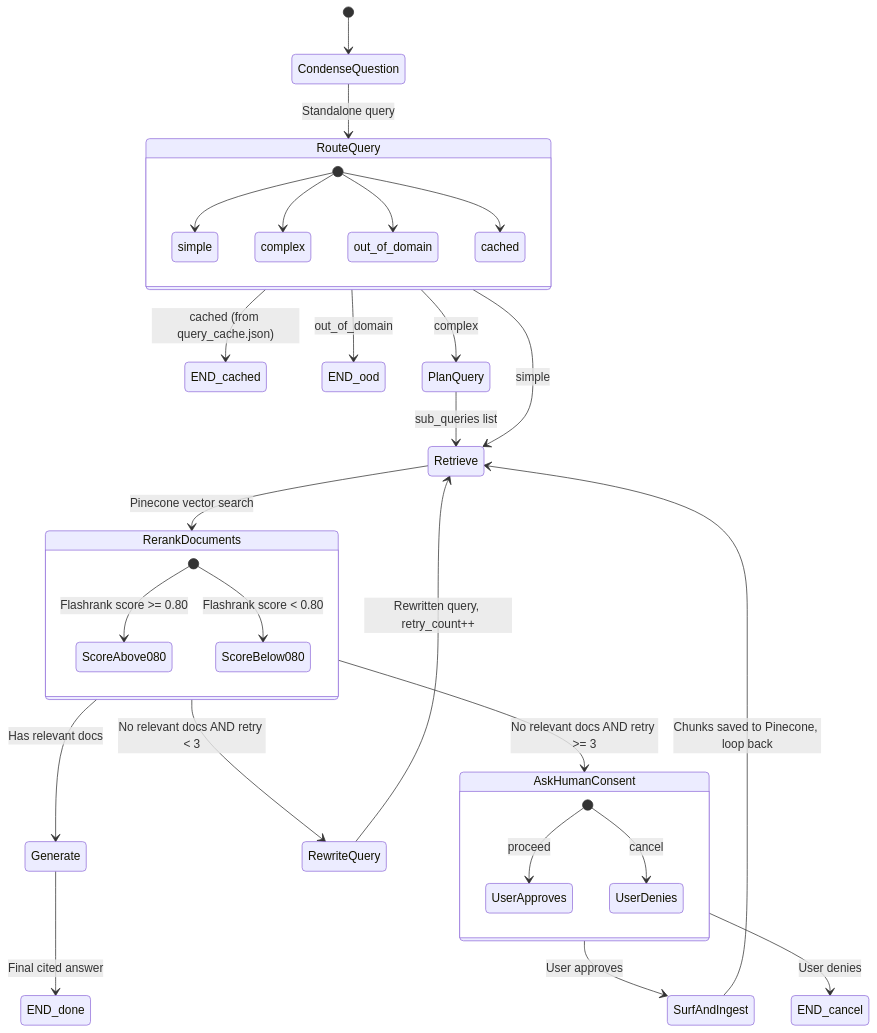
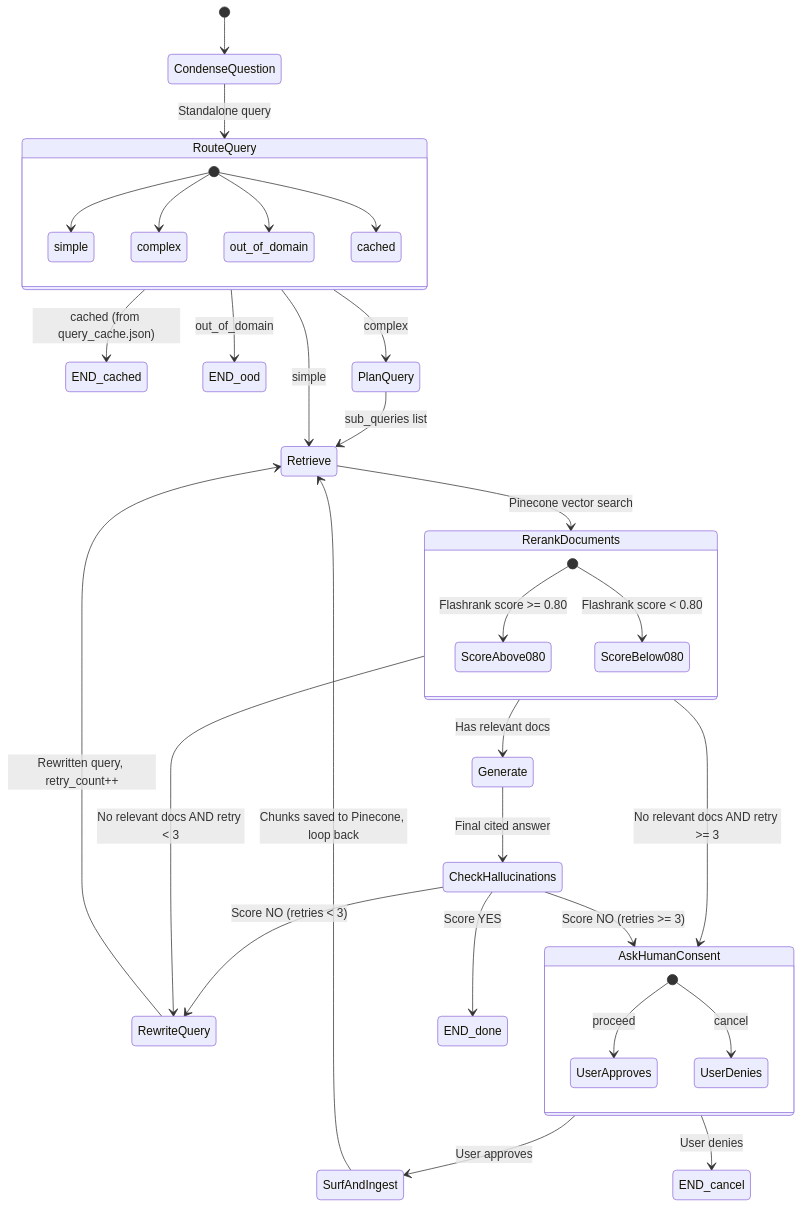
One commit to KD-joshi/FinSight changed the second of 4 diagrams in docs/architecture_diagram.md. Above: the diagram before and after it, drawn with Mermaid. The commit also changed other lines of this file and 4 other files, not shown here.

Commit message:
Cleanup outdated doc artifacts and sync architecture diagrams

````diff
--- a/docs/architecture_diagram.md
+++ b/docs/architecture_diagram.md
@@ -126,45 +126,48 @@
 ```mermaid
 stateDiagram-v2
     [*] --> CondenseQuestion
 
     CondenseQuestion --> RouteQuery : Standalone query
 
     state RouteQuery {
         [*] --> simple
         [*] --> complex
         [*] --> out_of_domain
         [*] --> cached
     }
 
     RouteQuery --> END_cached : cached (from query_cache.json)
     RouteQuery --> END_ood : out_of_domain
     RouteQuery --> PlanQuery : complex
     RouteQuery --> Retrieve : simple
 
     PlanQuery --> Retrieve : sub_queries list
 
     Retrieve --> RerankDocuments : Pinecone vector search
 
     state RerankDocuments {
         [*] --> ScoreAbove080 : Flashrank score >= 0.80
         [*] --> ScoreBelow080 : Flashrank score < 0.80
     }
 
     RerankDocuments --> Generate : Has relevant docs
     RerankDocuments --> RewriteQuery : No relevant docs AND retry < 3
     RerankDocuments --> AskHumanConsent : No relevant docs AND retry >= 3
 
     RewriteQuery --> Retrieve : Rewritten query, retry_count++
 
     state AskHumanConsent {
         [*] --> UserApproves : proceed
         [*] --> UserDenies : cancel
     }
 
     AskHumanConsent --> SurfAndIngest : User approves
     AskHumanConsent --> END_cancel : User denies
 
     SurfAndIngest --> Retrieve : Chunks saved to Pinecone, loop back
 
-    Generate --> END_done : Final cited answer
+    Generate --> CheckHallucinations : Final cited answer
+    CheckHallucinations --> END_done : Score YES
+    CheckHallucinations --> RewriteQuery : Score NO (retries < 3)
+    CheckHallucinations --> AskHumanConsent : Score NO (retries >= 3)
 ```
````
